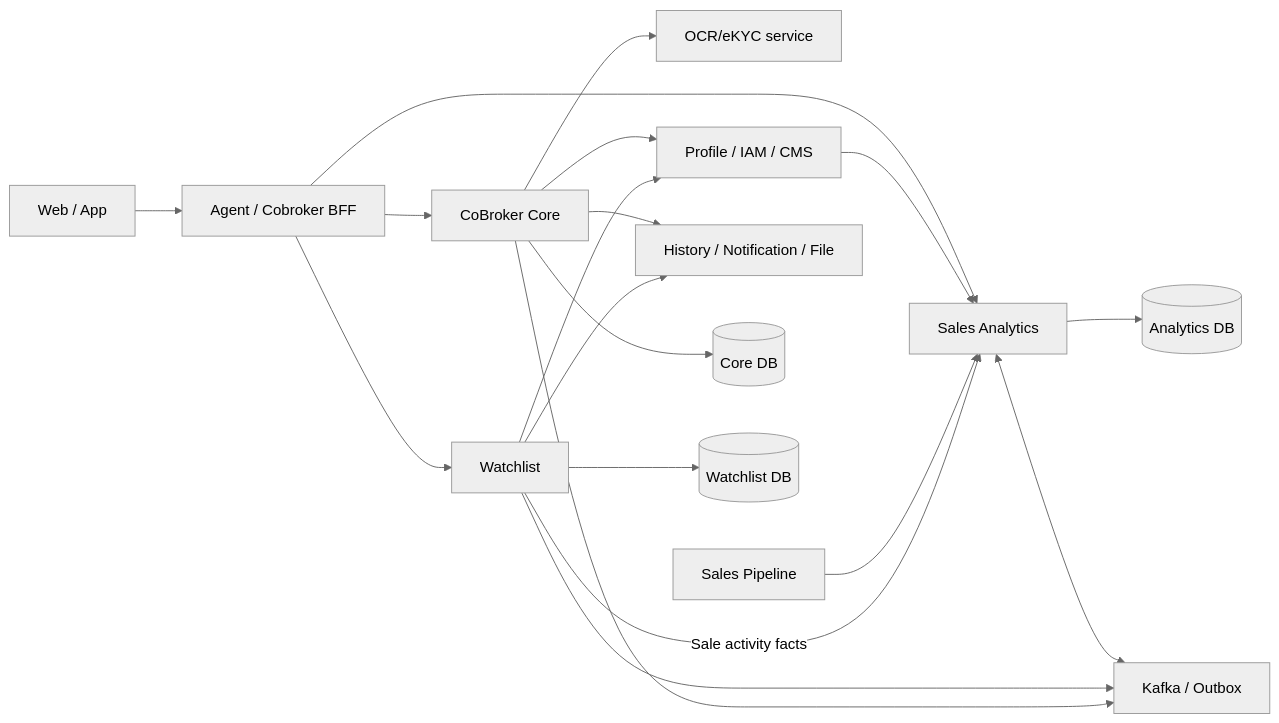
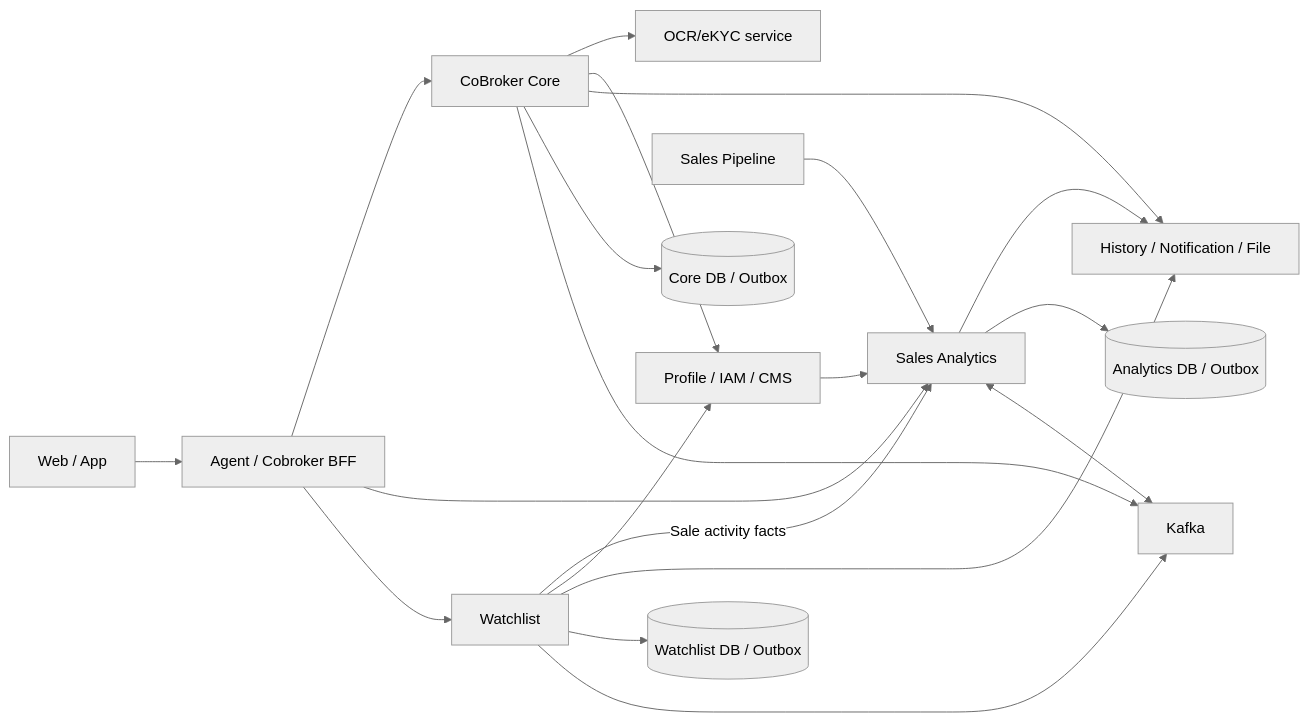
Before and after one commit to huynv-xyz/vhm-tdd: the diagram in cobroker/diagrams/cobroker-01.mmd, drawn with Mermaid (neutral theme). The commit also changed 13 other files, not shown here.

Commit message:
docs: strengthen Cobroker design after architecture review

```diff
--- a/cobroker/diagrams/cobroker-01.mmd
+++ b/cobroker/diagrams/cobroker-01.mmd
@@ -1,19 +1,20 @@
 flowchart LR
     U["Web / App"] --> B["Agent / Cobroker BFF"]
     B --> C["CoBroker Core"]
     B --> A["Sales Analytics"]
     B --> W["Watchlist"]
     C --> E["OCR/eKYC service"]
     C --> P["Profile / IAM / CMS"]
     P --> A
     D["Sales Pipeline"] --> A
     W -->|"Sale activity facts"| A
     W --> P
     C --> H["History / Notification / File"]
     W --> H
-    C --> CD[("Core DB")]
-    A --> AD[("Analytics DB")]
-    W --> WD[("Watchlist DB")]
-    A <--> K["Kafka / Outbox"]
+    A --> H
+    C --> CD[("Core DB / Outbox")]
+    A --> AD[("Analytics DB / Outbox")]
+    W --> WD[("Watchlist DB / Outbox")]
+    A <--> K["Kafka"]
     W --> K
     C --> K
```
